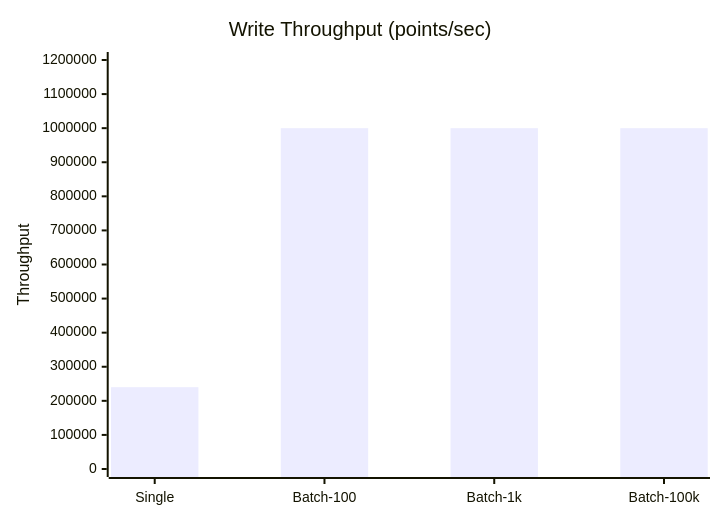
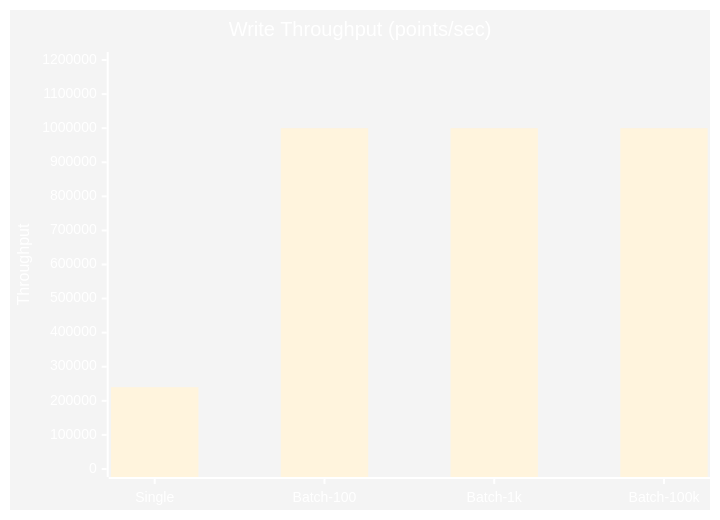
The second of 6 diagrams in docs/benchmarks.md (Pablo997/pulsardb), drawn with Mermaid before and after one commit. The commit also changed other lines of this file and 2 other files, not shown here.

Commit message:
Update README and documentation with enhanced performance metrics, including write/query throughput and memory efficiency. Add performance optimizations to the README and adjust roadmap completion date to November 2025.

````diff
--- a/docs/benchmarks.md
+++ b/docs/benchmarks.md
@@ -201,7 +203,8 @@
 ```mermaid
+%%{init: {'theme':'base', 'themeVariables': { 'primaryColor':'#2196F3','primaryTextColor':'#fff','primaryBorderColor':'#1976D2','lineColor':'#4CAF50','secondaryColor':'#FF9800','tertiaryColor':'#9C27B0'}}}%%
 xychart-beta
     title "Write Throughput (points/sec)"
     x-axis [Single, Batch-100, Batch-1k, Batch-100k]
     y-axis "Throughput" 0 --> 1200000
     bar [240000, 1000000, 1000000, 1000000]
 ```
````
